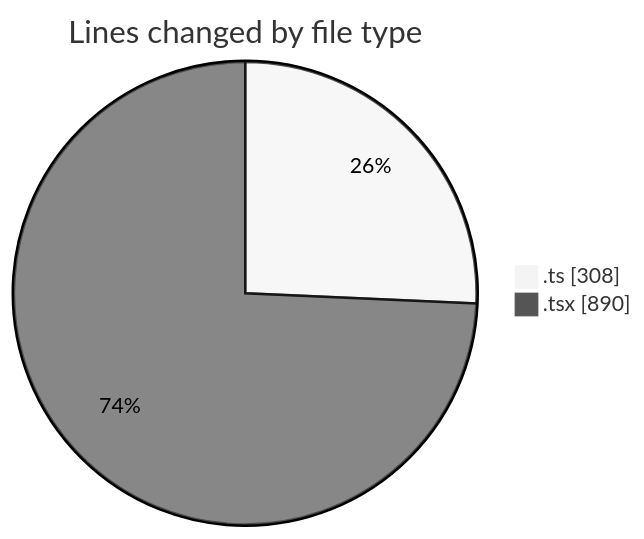
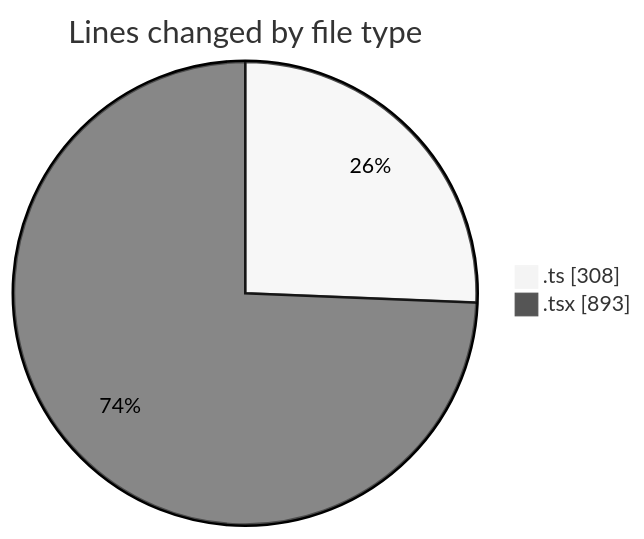
The first of 2 diagrams in 2026-09-09/cda/README.md (momahboobian/code-tracking), drawn with Mermaid (neutral theme) before and after one commit. The commit also changed other lines of this file and 1 other file, not shown here.

````diff
--- a/2026-09-09/cda/README.md
+++ b/2026-09-09/cda/README.md
@@ -29,6 +29,6 @@
 ```mermaid
 pie showData
 title Lines changed by file type
 ".ts" : 308
-".tsx" : 890
+".tsx" : 893
 ```
````
